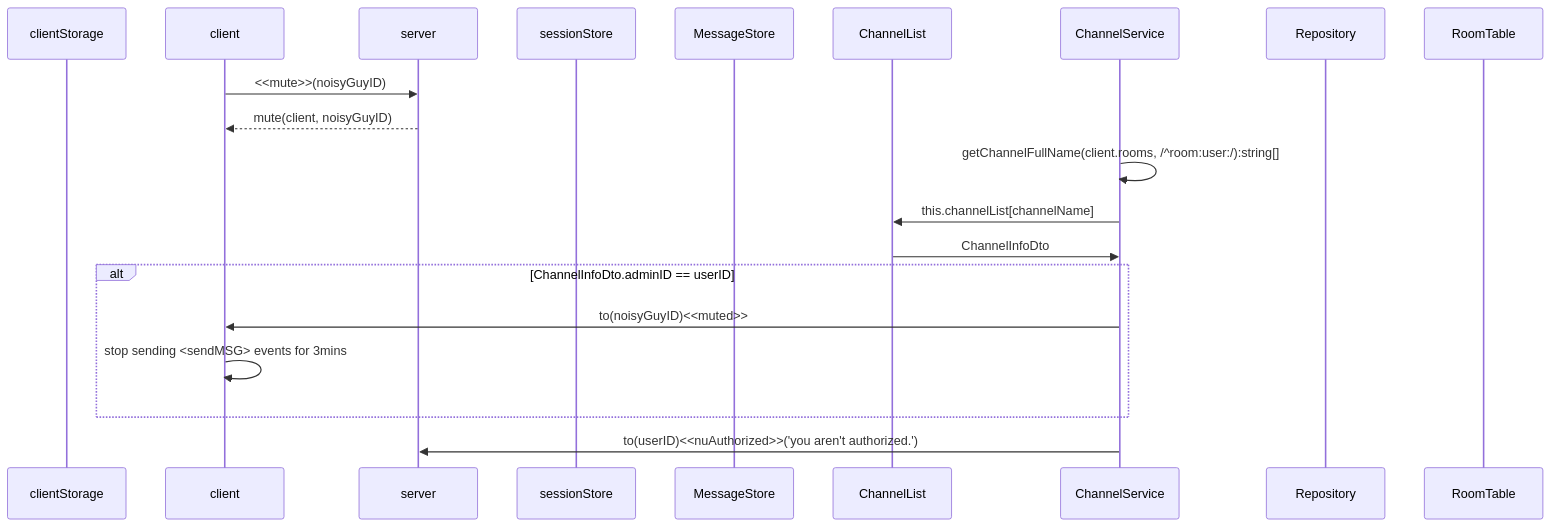
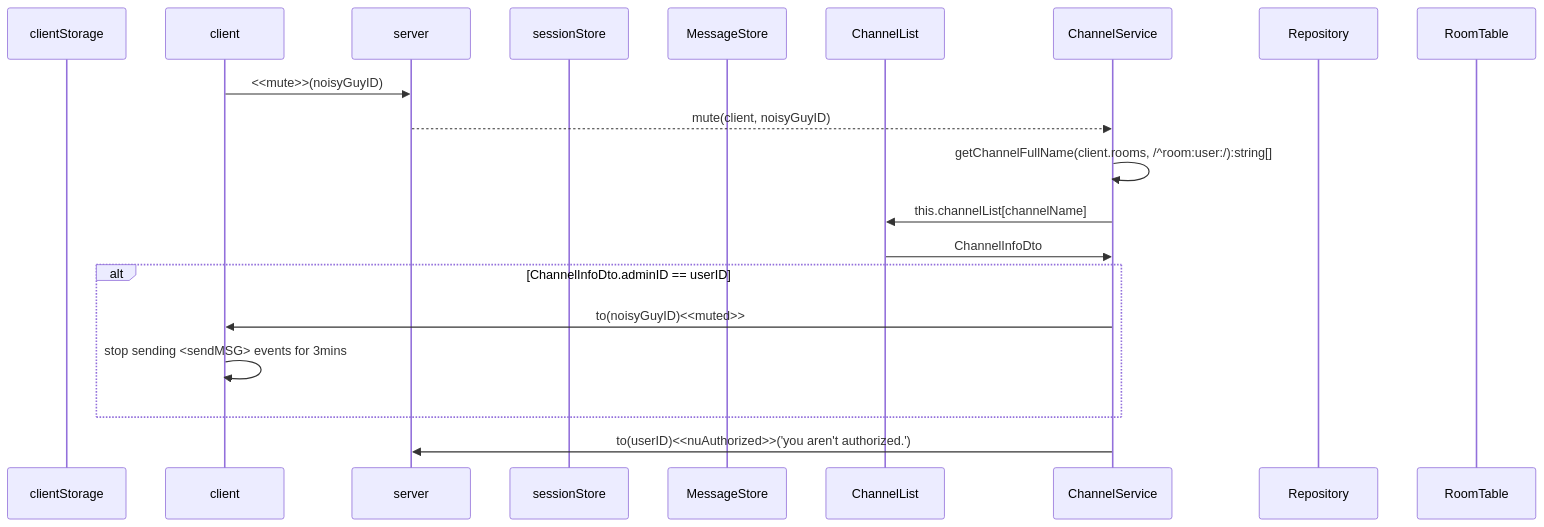
Before and after one commit to mtak0235/simmons_transcendence: diagram 14 of 19 in backend/node/app/event.md, drawn with Mermaid. The commit also changed 3 other files, not shown here.

````diff
--- a/backend/node/app/event.md
+++ b/backend/node/app/event.md
@@ -370,23 +370,23 @@
 ```mermaid
 sequenceDiagram
 participant cls as clientStorage
 participant c as client
 participant ga as server
 participant ss as sessionStore
 participant ms as MessageStore
 participant cns as ChannelList
 participant cs as ChannelService
 participant r as Repository
 participant rt as RoomTable
 
 c->>ga: <<mute>>(noisyGuyID)
-ga-->>c: mute(client, noisyGuyID)
+ga-->>cs: mute(client, noisyGuyID)
 cs->>cs: getChannelFullName(client.rooms, /^room:user:/):string[]
 cs->>cns: this.channelList[channelName]
 cns->>cs: ChannelInfoDto
 alt ChannelInfoDto.adminID == userID
 cs->>c: to(noisyGuyID)<<muted>>
 c->>c: stop sending <sendMSG> events for 3mins
 end
 cs->>ga: to(userID)<<nuAuthorized>>('you aren't authorized.')
 ```
````
